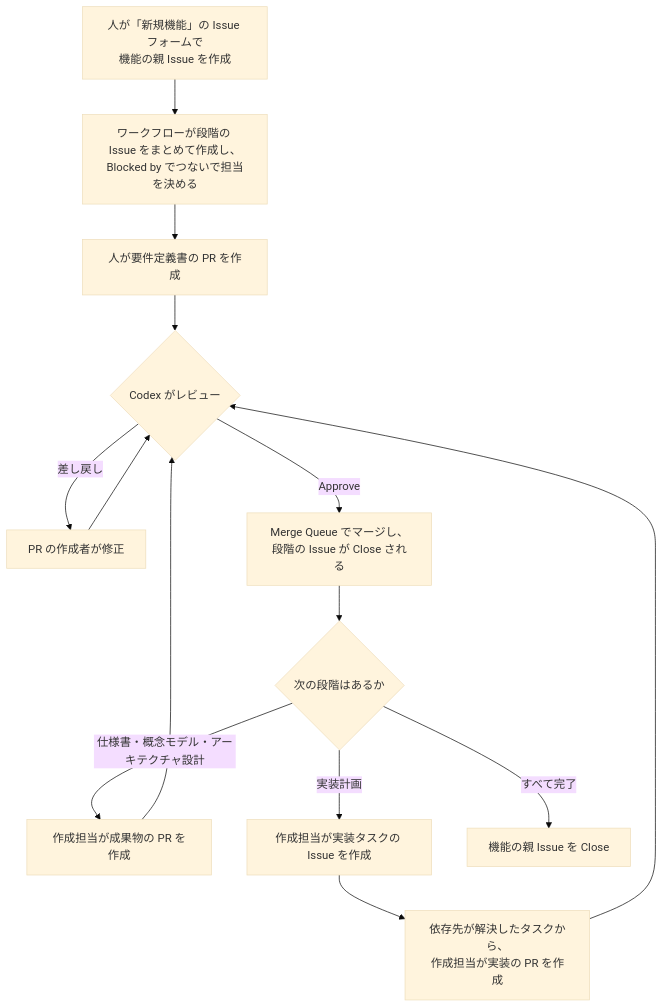
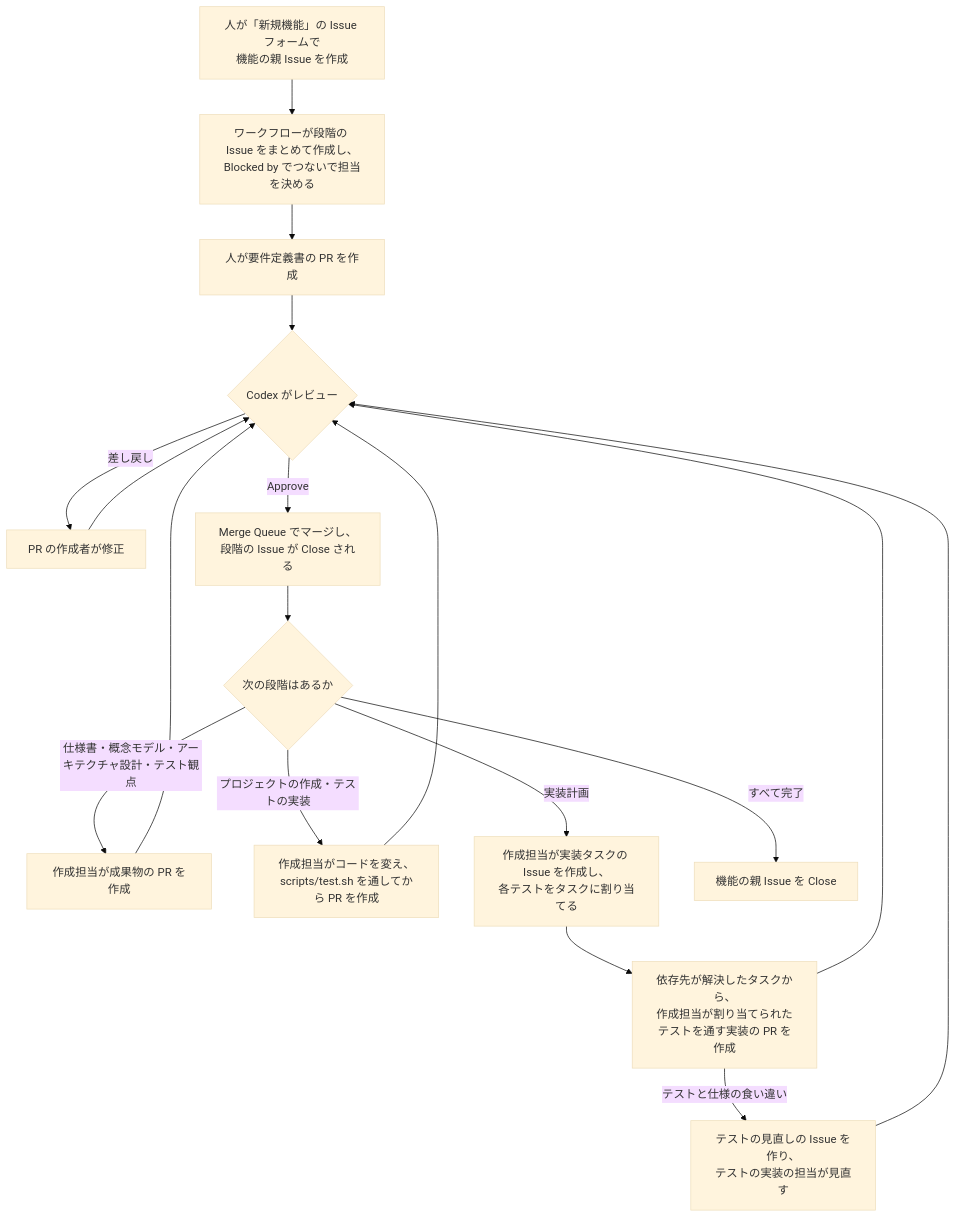
One commit to kyro-studios/web-application-template changed the second of 2 diagrams in .github/coding-agent/specification.md. Above: the diagram before and after it, drawn with Mermaid (base theme). The commit also changed other lines of this file, not shown here.

Commit message:
docs: specify the project and test stages written before implementation

````diff
--- a/.github/coding-agent/specification.md
+++ b/.github/coding-agent/specification.md
@@ -173,16 +215,20 @@
 ```mermaid
 flowchart TD
   start[人が「新規機能」の Issue フォームで<br/>機能の親 Issue を作成] --> stages[ワークフローが段階の Issue をまとめて作成し、<br/>Blocked by でつないで担当を決める]
   stages --> req[人が要件定義書の PR を作成]
   req --> review{Codex がレビュー}
   review -- 差し戻し --> fix[PR の作成者が修正]
   fix --> review
   review -- Approve --> merge[Merge Queue でマージし、<br/>段階の Issue が Close される]
   merge --> next{次の段階はあるか}
-  next -- 仕様書・概念モデル・アーキテクチャ設計 --> create[作成担当が成果物の PR を作成]
+  next -- 仕様書・概念モデル・アーキテクチャ設計・テスト観点 --> create[作成担当が成果物の PR を作成]
   create --> review
-  next -- 実装計画 --> plan[作成担当が実装タスクの Issue を作成]
-  plan --> impl[依存先が解決したタスクから、<br/>作成担当が実装の PR を作成]
+  next -- プロジェクトの作成・テストの実装 --> code[作成担当がコードを変え、<br/>scripts/test.sh を通してから PR を作成]
+  code --> review
+  next -- 実装計画 --> plan[作成担当が実装タスクの Issue を作成し、<br/>各テストをタスクに割り当てる]
+  plan --> impl[依存先が解決したタスクから、<br/>作成担当が割り当てられたテストを通す実装の PR を作成]
   impl --> review
+  impl -- テストと仕様の食い違い --> revision[テストの見直しの Issue を作り、<br/>テストの実装の担当が見直す]
+  revision --> review
   next -- すべて完了 --> done[機能の親 Issue を Close]
 ```
````
